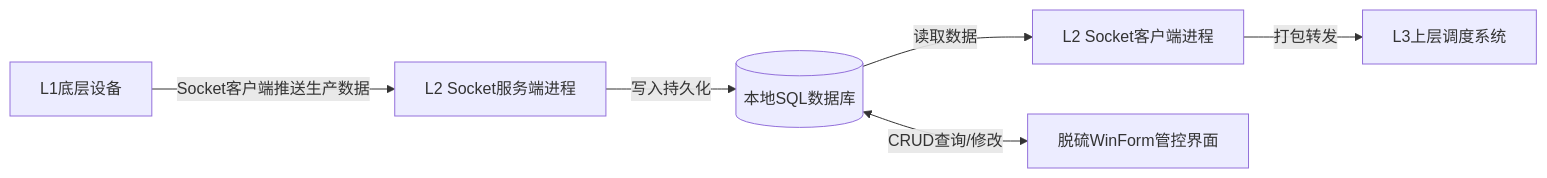
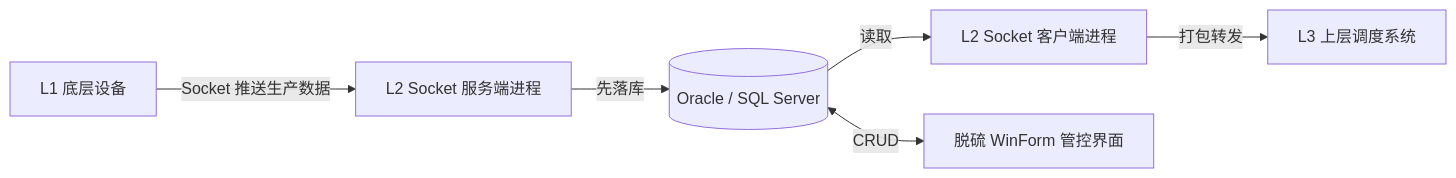
Before and after one commit to a869320750/MyHtmlResume: the first of 4 diagrams in data/projects/baosteel/01-data-collector/project-doc.md, drawn with Mermaid. The commit also changed other lines of this file and 10 other files, not shown here.

````diff
--- a/data/projects/baosteel/01-data-collector/project-doc.md
+++ b/data/projects/baosteel/01-data-collector/project-doc.md
@@ -14,8 +18,8 @@
 ```mermaid
 flowchart LR
-    L1[L1底层设备] -->|Socket客户端推送生产数据| SocServer[L2 Socket服务端进程]
-    SocServer -->|写入持久化| DB[(本地SQL数据库)]
-    DB -->|读取数据| SocClient[L2 Socket客户端进程]
-    SocClient -->|打包转发| L3[L3上层调度系统]
-    DB <-->|CRUD查询/修改| WinUI[脱硫WinForm管控界面]
+    L1[L1 底层设备] -->|Socket 推送生产数据| SS[L2 Socket 服务端进程]
+    SS -->|先落库| DB[(Oracle / SQL Server)]
+    DB -->|读取| SC[L2 Socket 客户端进程]
+    SC -->|打包转发| L3[L3 上层调度系统]
+    DB <-->|CRUD| UI[脱硫 WinForm 管控界面]
 ```
````
